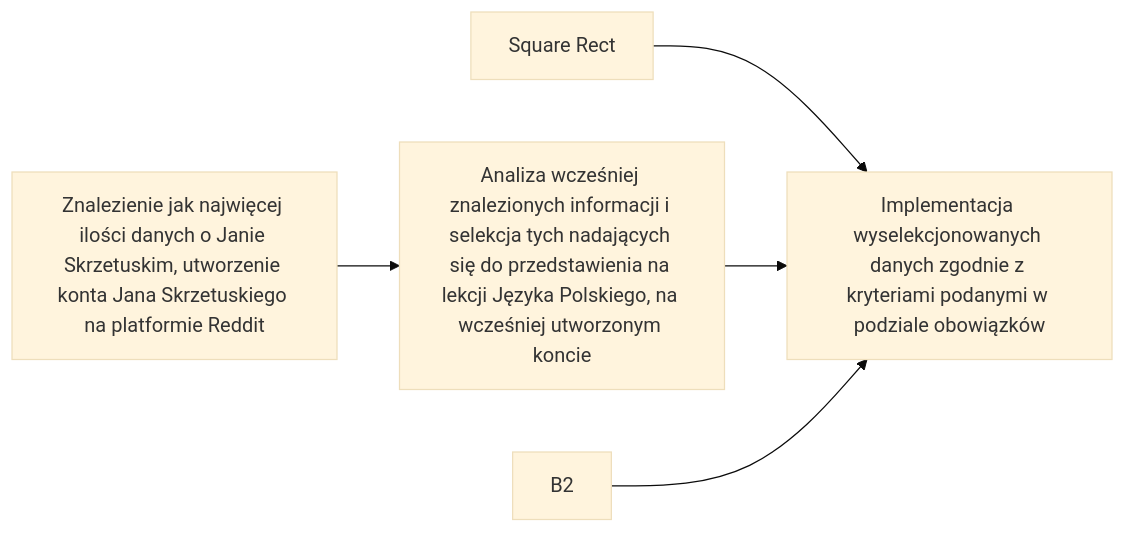
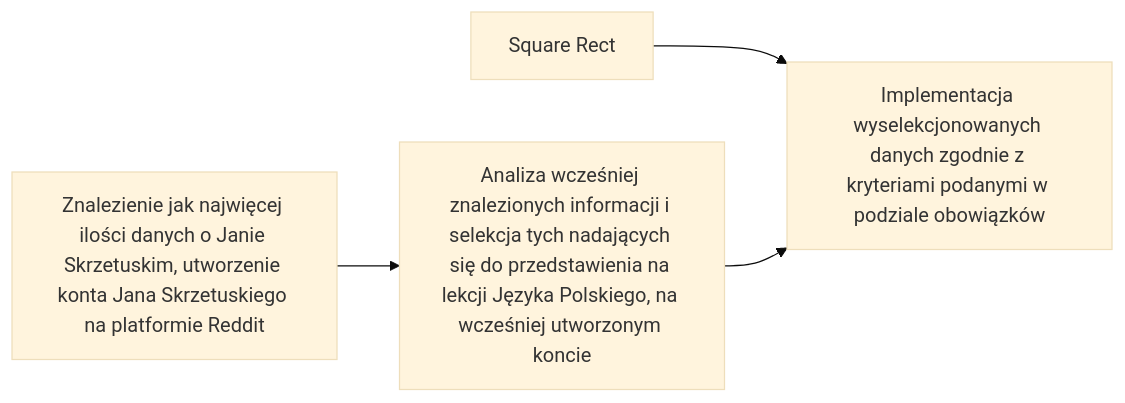
Before and after one commit to n-kodem/Jan-Skrzetuski_Twitter: the diagram in README.md, drawn with Mermaid (base theme).

Commit message:
readme update

````diff
--- a/README.md
+++ b/README.md
@@ -25,7 +25,6 @@
 ```mermaid
 graph LR
     A1[Znalezienie jak najwięcej ilości danych o Janie Skrzetuskim, utworzenie konta Jana Skrzetuskiego na platformie Reddit] --> B[Analiza wcześniej znalezionych informacji i selekcja tych nadających się do przedstawienia na lekcji Języka Polskiego, na wcześniej utworzonym koncie]
     A2[Square Rect] --> C[Implementacja wyselekcjonowanych danych zgodnie z kryteriami podanymi w podziale obowiązków]
     B --> C
-    B2 --> C
 ```
````
